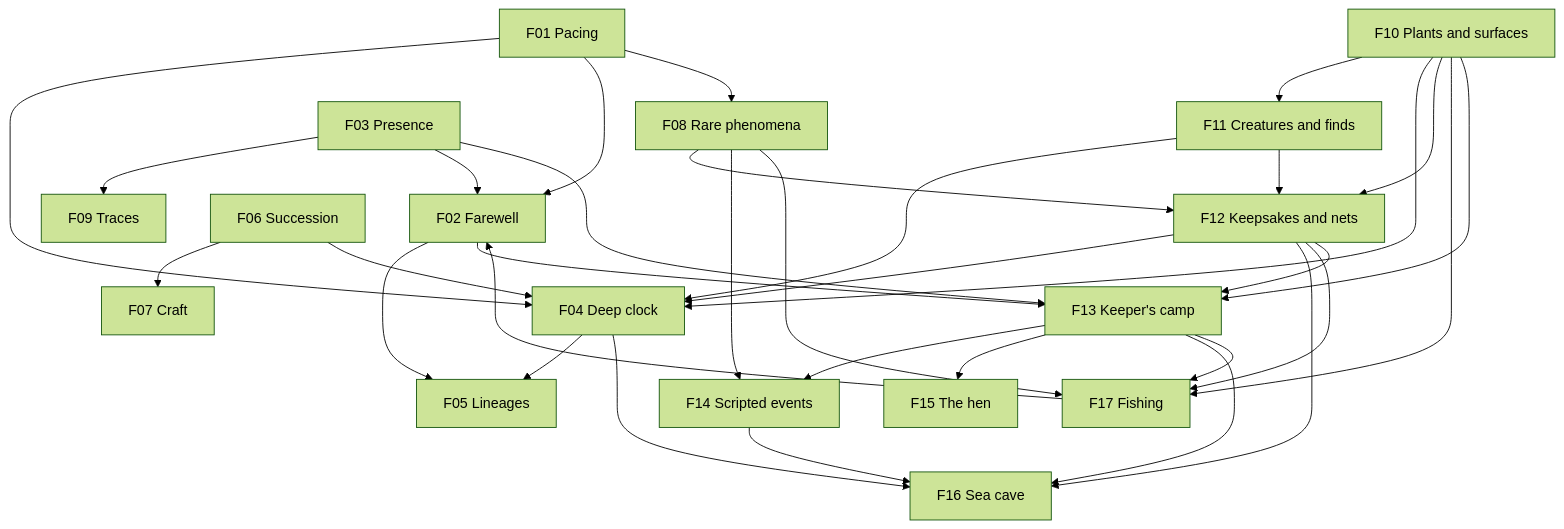
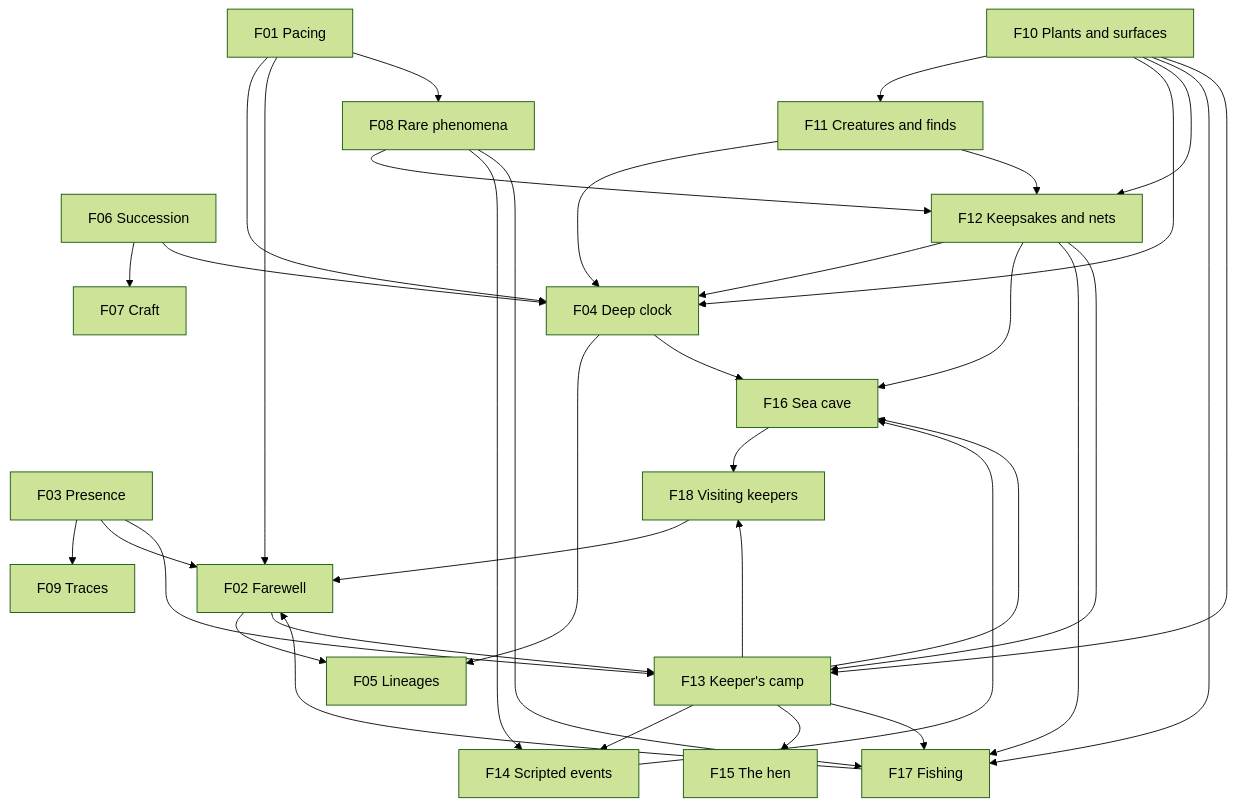
Before and after one commit to mshomper/ebb: the diagram in docs/future/README.md, drawn with Mermaid (forest theme). The commit also changed other lines of this file and 1 other file, not shown here.

Commit message:
Add F18 visiting keepers (multiplayer) future doc

````diff
--- a/docs/future/README.md
+++ b/docs/future/README.md
@@ -38,35 +39,38 @@
 ```mermaid
 flowchart TB
   F01[F01 Pacing] --> F04[F04 Deep clock]
   F01 --> F02[F02 Farewell]
   F01 --> F08[F08 Rare phenomena]
   F04 --> F05[F05 Lineages]
   F02 --> F05
   F03[F03 Presence] --> F09[F09 Traces]
   F03 --> F02
   F06[F06 Succession] --> F07[F07 Craft]
   F06 --> F04
   F10[F10 Plants and surfaces] --> F11[F11 Creatures and finds]
   F10 --> F04
   F11 --> F04
   F10 --> F12[F12 Keepsakes and nets]
   F11 --> F12
   F08 --> F12
   F12 --> F04
   F08 --> F14[F14 Scripted events]
   F13 --> F14
   F13 --> F15[F15 The hen]
   F14 --> F16
   F12 --> F16[F16 Sea cave]
   F13 --> F16
   F12 --> F17[F17 Fishing]
   F13 --> F17
   F10 --> F17
   F08 --> F17
   F17 --> F02
   F04 --> F16
   F03 --> F13[F13 Keeper's camp]
   F02 --> F13
   F10 --> F13
   F12 --> F13
+  F13 --> F18[F18 Visiting keepers]
+  F16 --> F18
+  F18 --> F02
 ```
````
